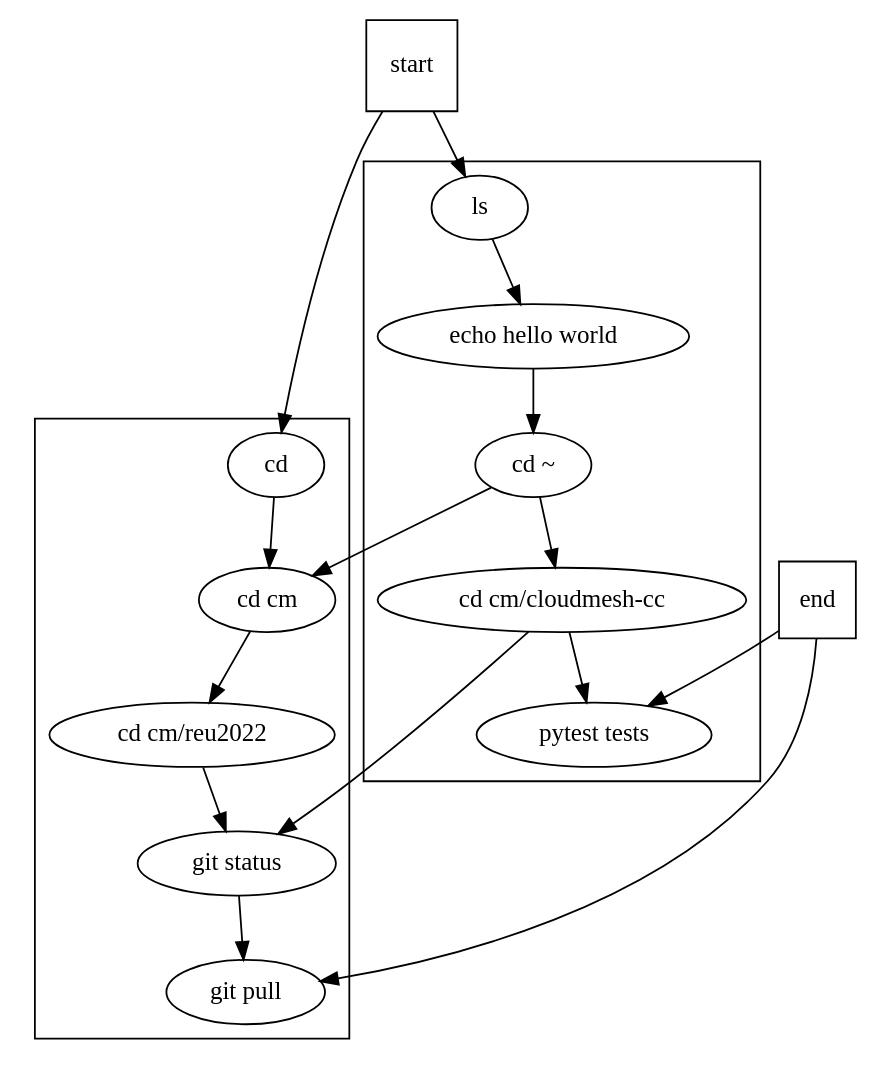
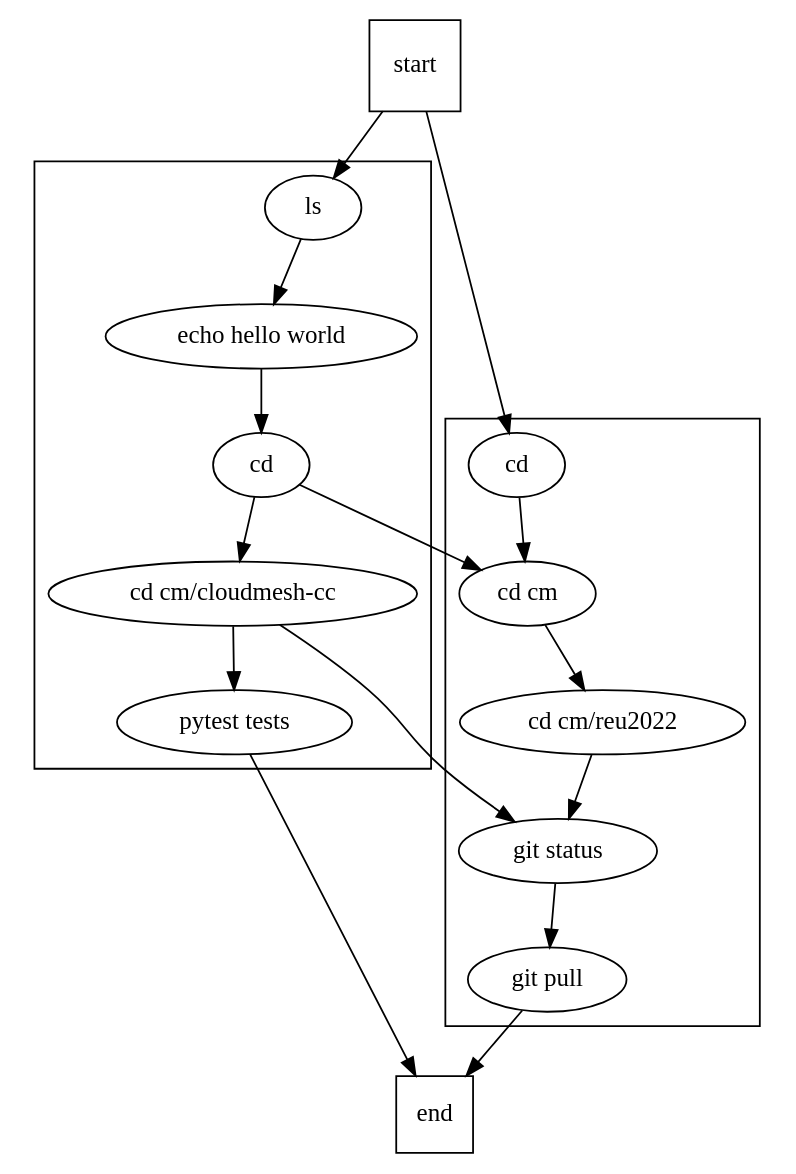
One commit to cybertraining-dsc/reu2022 changed the diagram in project/graphs/graphs-graphviz/examples/subgraph-graphviz.gv. Above: the diagram before and after it, drawn with Graphviz. The commit also changed 3 other files, not shown here.

```diff
--- a/project/graphs/graphs-graphviz/examples/subgraph-graphviz.gv
+++ b/project/graphs/graphs-graphviz/examples/subgraph-graphviz.gv
@@ -1,32 +1,32 @@
 digraph "jobs in queues" {
 	subgraph cluster_1 {
 		"job-1" [label=ls]
 		"job-2" [label="echo hello world"]
-		"job-3" [label="cd ~"]
+		"job-3" [label=cd]
 		"job-4" [label="cd cm/cloudmesh-cc"]
 		"job-5" [label="pytest tests"]
 		"job-1" -> "job-2"
 		"job-2" -> "job-3"
 		"job-3" -> "job-4"
 		"job-4" -> "job-5"
 	}
 	subgraph cluster_2 {
 		"job-6" [label=cd]
 		"job-7" [label="cd cm"]
 		"job-8" [label="cd cm/reu2022"]
 		"job-9" [label="git status"]
 		"job-10" [label="git pull"]
 		"job-6" -> "job-7"
 		"job-7" -> "job-8"
 		"job-8" -> "job-9"
 		"job-9" -> "job-10"
 	}
 	start -> "job-1"
 	start -> "job-6"
-	end -> "job-5"
-	end -> "job-10"
+	"job-5" -> end
+	"job-10" -> end
 	"job-3" -> "job-7"
 	"job-4" -> "job-9"
 	start [shape=square]
 	end [shape=square]
 }
```
